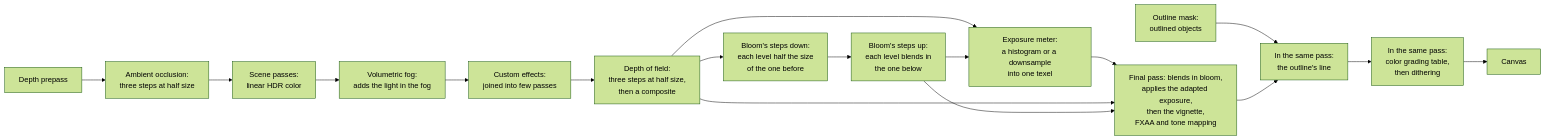
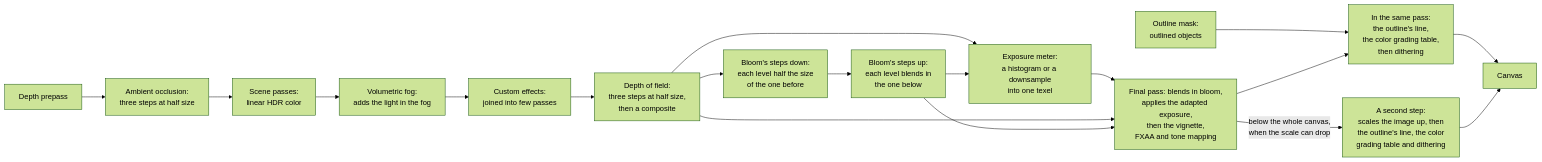
The diagram in docs/concepts/post-processing.md (null3d-engine/null3d), drawn with Mermaid (forest theme) before and after one commit. The commit also changed other lines of this file and 6 other files, not shown here.

````diff
--- a/docs/concepts/post-processing.md
+++ b/docs/concepts/post-processing.md
@@ -13,19 +13,20 @@
 ```mermaid
 flowchart LR
     prepass["Depth prepass"] --> ao["Ambient occlusion:<br/>three steps at half size"]
     ao --> scene
     scene["Scene passes:<br/>linear HDR color"] --> fog["Volumetric fog:<br/>adds the light in the fog"]
     fog --> custom["Custom effects:<br/>joined into few passes"]
     custom --> dof["Depth of field:<br/>three steps at half size,<br/>then a composite"]
     dof --> down["Bloom's steps down:<br/>each level half the size<br/>of the one before"]
     down --> up["Bloom's steps up:<br/>each level blends in<br/>the one below"]
     dof --> meter["Exposure meter:<br/>a histogram or a downsample<br/>into one texel"]
     up --> meter
     meter --> final["Final pass: blends in bloom,<br/>applies the adapted exposure,<br/>then the vignette,<br/>FXAA and tone mapping"]
     dof --> final
     up --> final
     mask["Outline mask:<br/>outlined objects"] --> line
-    final --> line["In the same pass:<br/>the outline's line"]
-    line --> grade["In the same pass:<br/>color grading table,<br/>then dithering"]
-    grade --> canvas["Canvas"]
+    final --> line["In the same pass:<br/>the outline's line,<br/>the color grading table,<br/>then dithering"]
+    final -- "below the whole canvas,<br/>when the scale can drop" --> scaled["A second step:<br/>scales the image up, then<br/>the outline's line, the color<br/>grading table and dithering"]
+    line --> canvas["Canvas"]
+    scaled --> canvas
 ```
````
